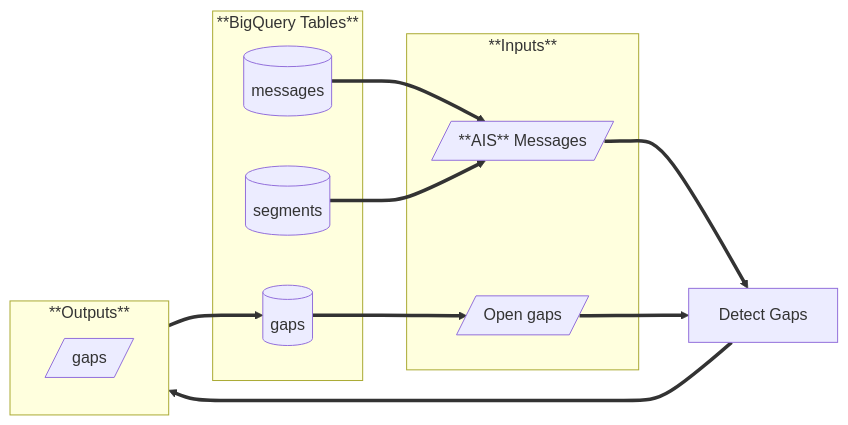
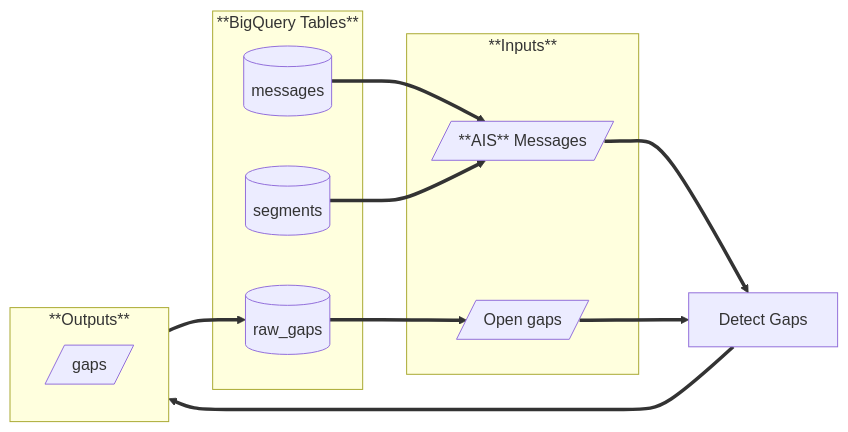
The first of 2 diagrams in README.md (GlobalFishingWatch/pipe-gaps), drawn with Mermaid before and after one commit. The commit also changed other lines of this file and 33 other files, not shown here.

````diff
--- a/README.md
+++ b/README.md
@@ -294,32 +295,32 @@
 ```mermaid
 flowchart LR;
     subgraph tables [**BigQuery Tables**]
         A[(messages)]
         B[(segments)]
-        C[(gaps)]
+        C[(raw_gaps)]
     end
 
     subgraph inputs [**Inputs**]
         D[/**AIS** Messages/]
         E[/Open gaps/]
     end
 
     F[Detect Gaps]
 
 
     subgraph outputs [**Outputs**]
         direction TB
         G[/gaps/]
     end
     
     A ==> D
     B ==> D
     C ==> E
 
     D ==> F
     E ==> F
 
     F ==> outputs
 
     outputs ==> C
 ```
````
